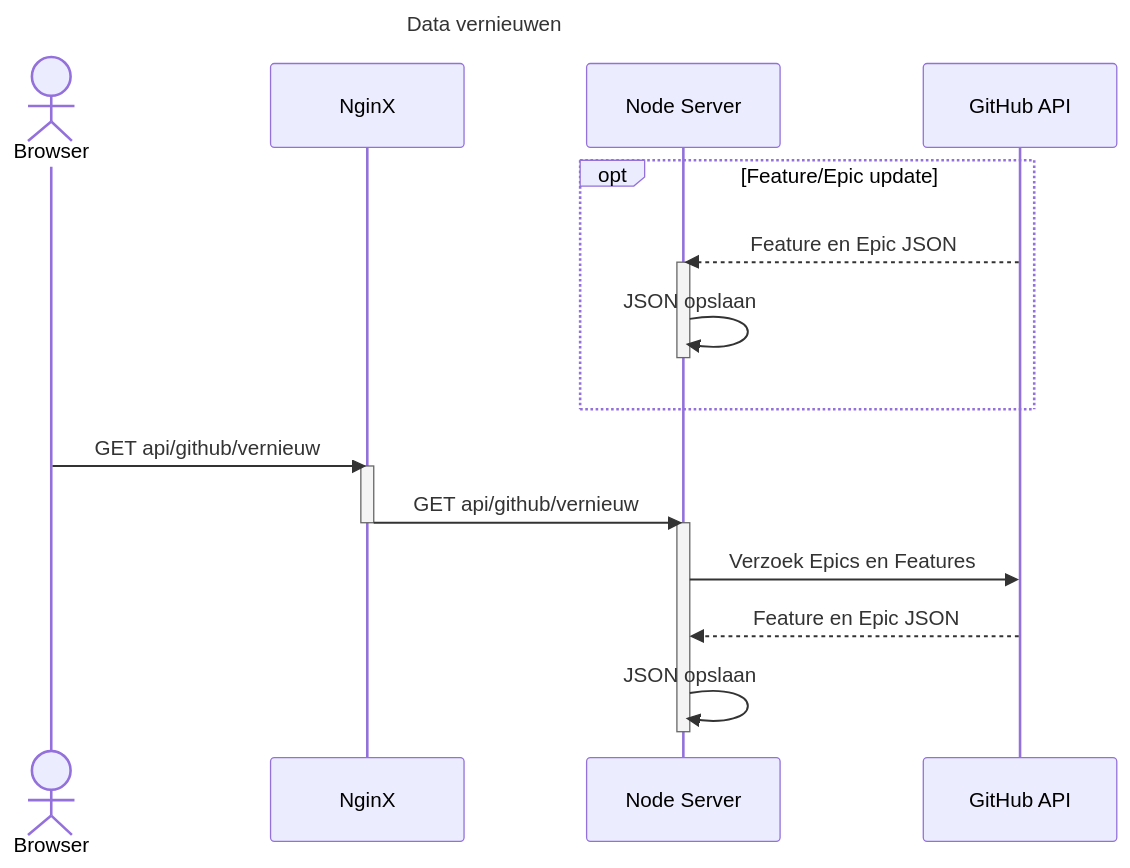
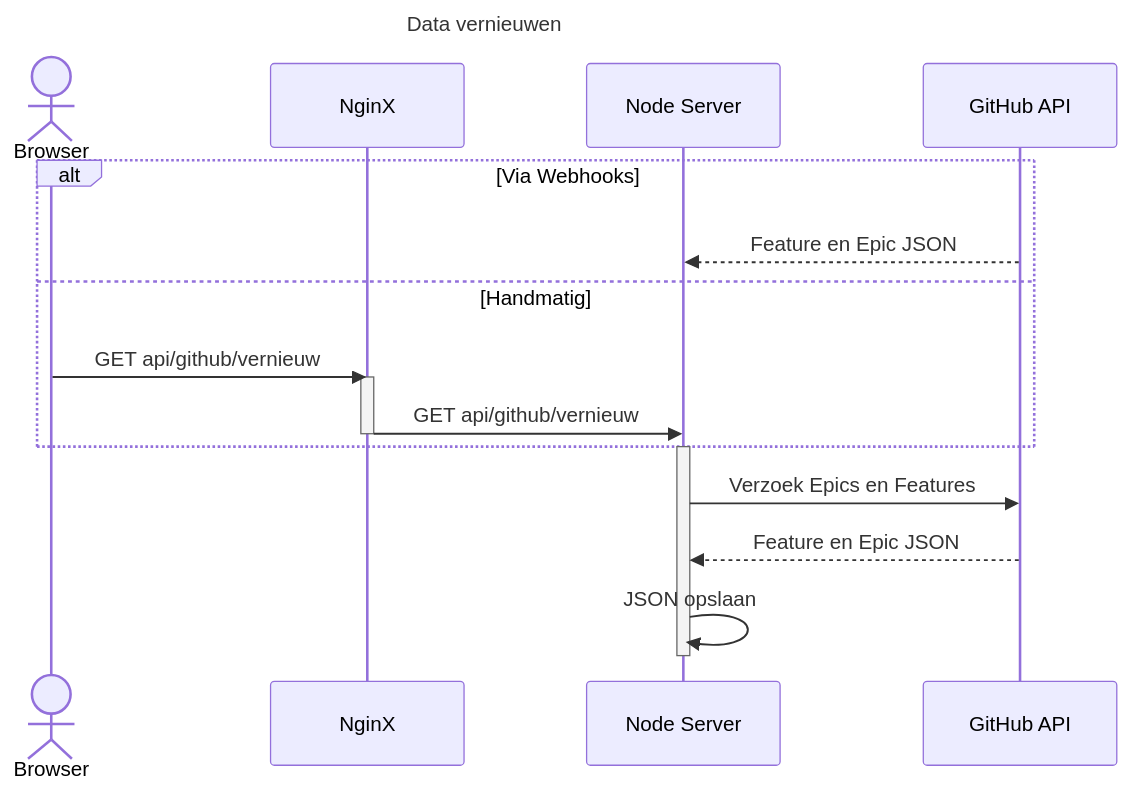
Before and after one commit to MijnInkomen/public-lab-mijninkomen: the third of 4 diagrams in docs/roadmap-api/github-communicate.md, drawn with Mermaid. The commit also changed other lines of this file and 5 other files, not shown here.

````diff
--- a/docs/roadmap-api/github-communicate.md
+++ b/docs/roadmap-api/github-communicate.md
@@ -116,26 +118,24 @@
 ```mermaid
 ---
 title: Data vernieuwen
 ---
 sequenceDiagram
     actor browser as Browser
     participant proxy as NginX
     participant node as Node Server
     participant github as GitHub API
-    opt Feature/Epic update
+    alt Via Webhooks
         github-->>node: Feature en Epic JSON
-        activate node
-        node->>node: JSON opslaan
-        deactivate node
-    end
+    else Handmatig
     browser->>proxy: GET api/github/vernieuw
     activate proxy
     proxy->>node: GET api/github/vernieuw
     deactivate proxy
+    end
     activate node
     node->>github: Verzoek Epics en Features
     github-->>node: Feature en Epic JSON
     node->>node: JSON opslaan
     deactivate node
 
 ```
````
